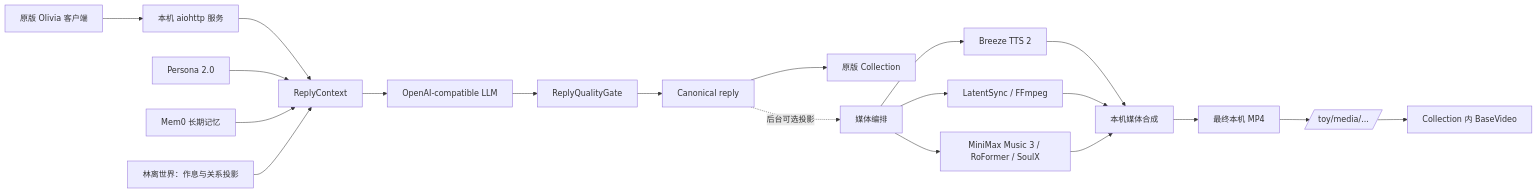
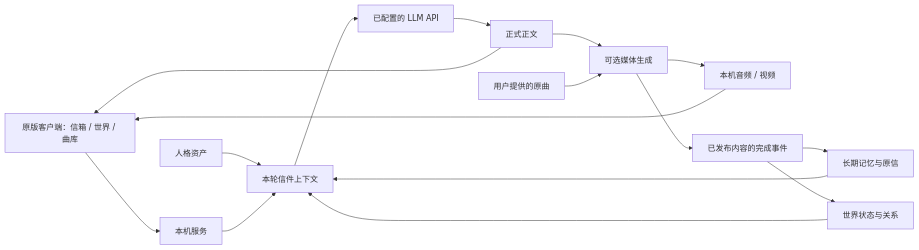
Before and after one commit to Ornn8/bside-olivia-community: the diagram in README.md, drawn with Mermaid. The commit also changed other lines of this file, not shown here.

````diff
--- a/README.md
+++ b/README.md
@@ -45,22 +79,18 @@
 ```mermaid
 flowchart LR
-    Client[原版 Olivia 客户端] --> HTTP[本机 aiohttp 服务]
-    HTTP --> Context[ReplyContext]
-    Persona[Persona 2.0] --> Context
-    Memory[Mem0 长期记忆] --> Context
-    World[林离世界：作息与关系投影] --> Context
-    Context --> LLM[OpenAI-compatible LLM]
-    LLM --> Gate[ReplyQualityGate]
-    Gate --> Canonical[Canonical reply]
-    Canonical --> Collection[原版 Collection]
-    Canonical -. 后台可选投影 .-> Media[媒体编排]
-    Media --> TTS[Breeze TTS 2]
-    Media --> Visual[LatentSync / FFmpeg]
-    Media --> Music[MiniMax Music 3 / RoFormer / SoulX]
-    TTS --> Render[本机媒体合成]
-    Visual --> Render
-    Music --> Render
-    Render --> MP4[最终本机 MP4]
-    MP4 --> MediaURL[/toy/media/.../]
-    MediaURL --> BaseVideo[Collection 内 BaseVideo]
+    Client[原版客户端：信箱 / 世界 / 曲库] --> Server[本机服务]
+    Persona[人格资产] --> Context[本轮信件上下文]
+    Memory[长期记忆与原信] --> Context
+    World[世界状态与关系] --> Context
+    Server --> Context
+    Context --> LLM[已配置的 LLM API]
+    LLM --> Reply[正式正文]
+    Reply --> Client
+    Reply --> Media[可选媒体生成]
+    Source[用户提供的原曲] --> Media
+    Media --> Files[本机音频 / 视频]
+    Files --> Client
+    Media --> Delivered[已发布内容的完成事件]
+    Delivered --> Memory
+    Delivered --> World
 ```
````
